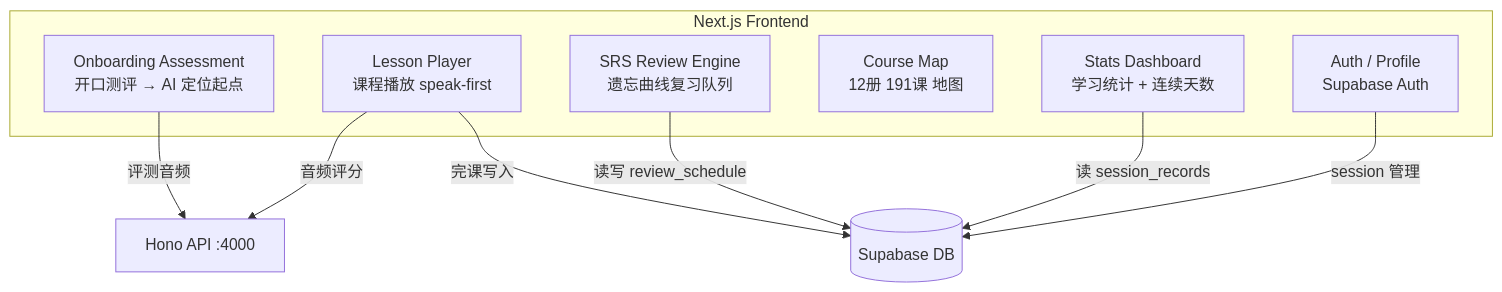
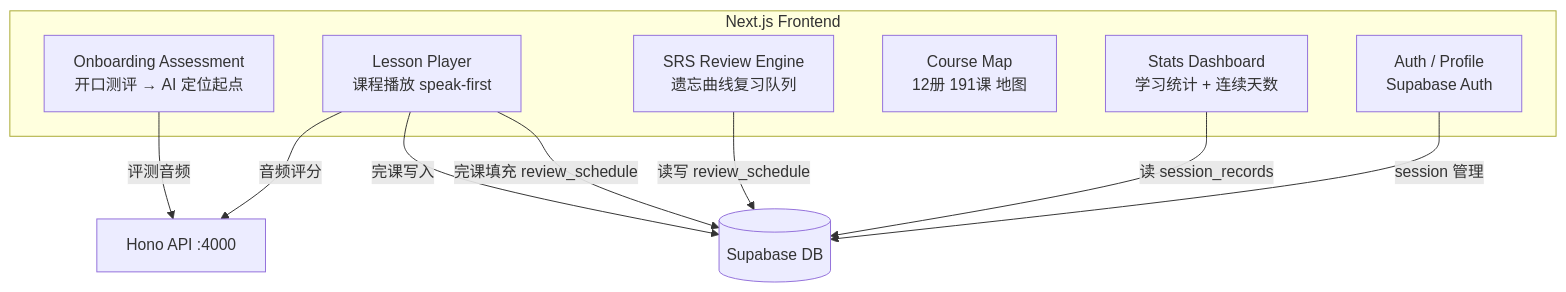
The third of 7 diagrams in README.md (opc-x/talkflow), drawn with Mermaid before and after one commit. The commit also changed other lines of this file and 1 other file, not shown here.

````diff
--- a/README.md
+++ b/README.md
@@ -107,21 +107,22 @@
 ```mermaid
 graph TB
     subgraph FE["Next.js Frontend"]
         OB["Onboarding Assessment\n开口测评 → AI 定位起点"]
         LP["Lesson Player\n课程播放 speak-first"]
         SRS["SRS Review Engine\n遗忘曲线复习队列"]
         MAP["Course Map\n12册 191课 地图"]
         STATS["Stats Dashboard\n学习统计 + 连续天数"]
         AUTH["Auth / Profile\nSupabase Auth"]
     end
 
     SB[("Supabase DB")]
     BE["Hono API :4000"]
 
     OB -->|评测音频| BE
     LP -->|完课写入| SB
     LP -->|音频评分| BE
+    LP -->|完课填充 review_schedule| SB
     SRS -->|读写 review_schedule| SB
     STATS -->|读 session_records| SB
     AUTH -->|session 管理| SB
 ```
````
